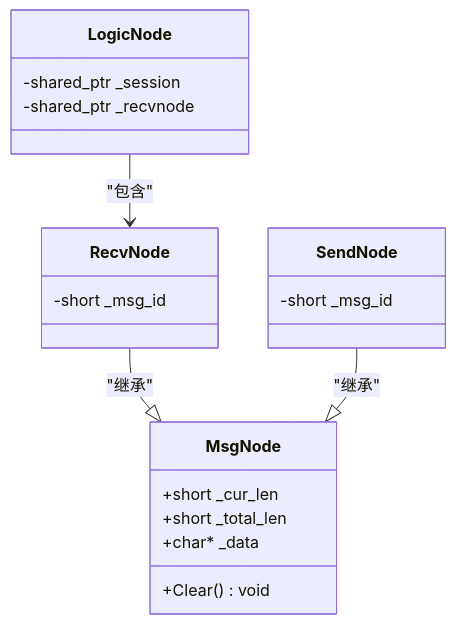
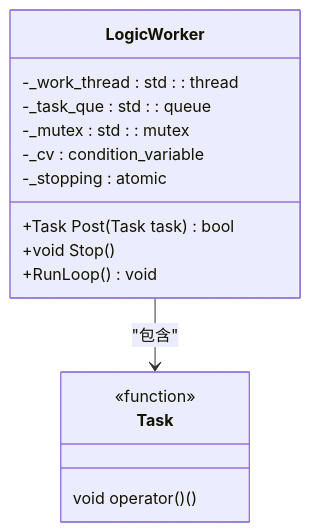
Before and after one commit to echo9923/mychatter: the fourth of 7 diagrams in .qoder/repowiki/zh/content/服务端开发/ChatServer聊天核心服务/业务逻辑系统/消息路由系统.md, drawn with Mermaid. The commit also changed other lines of this file and 54 other files, not shown here.

````diff
--- a/.qoder/repowiki/zh/content/服务端开发/ChatServer聊天核心服务/业务逻辑系统/消息路由系统.md
+++ b/.qoder/repowiki/zh/content/服务端开发/ChatServer聊天核心服务/业务逻辑系统/消息路由系统.md
@@ -173,22 +213,18 @@
 ```mermaid
 classDiagram
-class MsgNode {
-+short _cur_len
-+short _total_len
-+char* _data
-+Clear() void
+class LogicWorker {
++Task Post(Task task) bool
++void Stop()
++RunLoop() void
+-_work_thread : std : : thread
+-_task_que : std : : queue<Task>
+-_mutex : std : : mutex
+-_cv : condition_variable
+-_stopping : atomic<bool>
 }
-class RecvNode {
--short _msg_id
+class Task {
+<<function>>
+void operator()()
 }
-class SendNode {
--short _msg_id
-}
-class LogicNode {
--shared_ptr<CSession> _session
--shared_ptr<RecvNode> _recvnode
-}
-RecvNode --|> MsgNode : "继承"
-SendNode --|> MsgNode : "继承"
-LogicNode --> RecvNode : "包含"
+LogicWorker --> Task : "包含"
 ```
````
